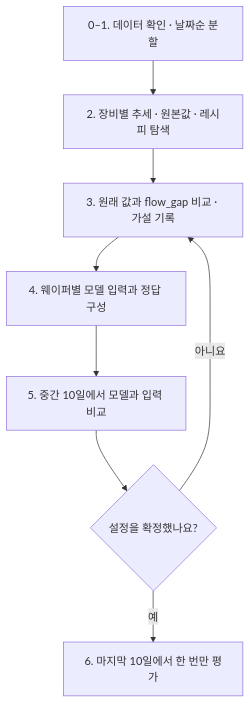
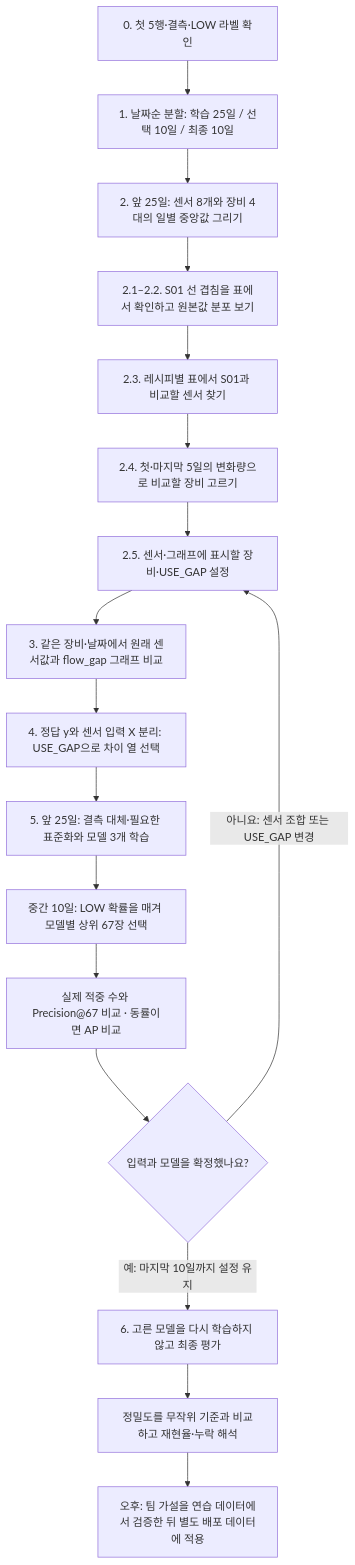
One commit to brjeong-private/inhatc-hackathon-2026 changed the diagram in Colab_v2_오전_시나리오.md. Above: the diagram before and after it, drawn with Mermaid. The commit also changed 1 other file, not shown here.

Commit message:
Expand morning lab workflow diagrams

````diff
--- a/Colab_v2_오전_시나리오.md
+++ b/Colab_v2_오전_시나리오.md
@@ -11,10 +11,19 @@
 ```mermaid
 flowchart TD
-	source["0–1. 데이터 확인 · 날짜순 분할"] --> explore["2. 장비별 추세 · 원본값 · 레시피 탐색"]
-	explore --> hypothesis["3. 원래 값과 flow_gap 비교 · 가설 기록"]
-	hypothesis --> features["4. 웨이퍼별 모델 입력과 정답 구성"]
-	features --> select["5. 중간 10일에서 모델과 입력 비교"]
-	select --> decision{"설정을 확정했나요?"}
-	decision -->|아니요| hypothesis
-	decision -->|예| test["6. 마지막 10일에서 한 번만 평가"]
+	source["0. 첫 5행·결측·LOW 라벨 확인"] --> split["1. 날짜순 분할: 학습 25일 / 선택 10일 / 최종 10일"]
+	split --> overview["2. 앞 25일: 센서 8개와 장비 4대의 일별 중앙값 그리기"]
+	overview --> raw["2.1–2.2. S01 선 겹침을 표에서 확인하고 원본값 분포 보기"]
+	raw --> recipe["2.3. 레시피별 표에서 S01과 비교할 센서 찾기"]
+	recipe --> equipment["2.4. 첫·마지막 5일의 변화량으로 비교할 장비 고르기"]
+	equipment --> configure["2.5. 센서·그래프에 표시할 장비·USE_GAP 설정"]
+	configure --> hypothesis["3. 같은 장비·날짜에서 원래 센서값과 flow_gap 그래프 비교"]
+	hypothesis --> features["4. 정답 y와 센서 입력 X 분리: USE_GAP으로 차이 열 선택"]
+	features --> train["5. 앞 25일: 결측 대체·필요한 표준화와 모델 3개 학습"]
+	train --> rank["중간 10일: LOW 확률을 매겨 모델별 상위 67장 선택"]
+	rank --> select["실제 적중 수와 Precision@67 비교 · 동률이면 AP 비교"]
+	select --> decision{"입력과 모델을 확정했나요?"}
+	decision -->|아니요: 센서 조합 또는 USE_GAP 변경| configure
+	decision -->|예: 마지막 10일까지 설정 유지| test["6. 고른 모델을 다시 학습하지 않고 최종 평가"]
+	test --> readout["정밀도를 무작위 기준과 비교하고 재현율·누락 해석"]
+	readout --> handoff["오후: 팀 가설을 연습 데이터에서 검증한 뒤 별도 배포 데이터에 적용"]
 ```
````
